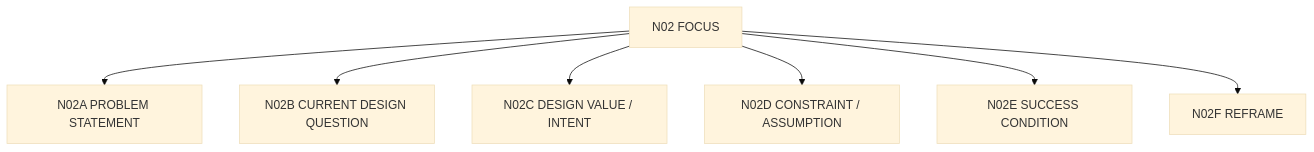
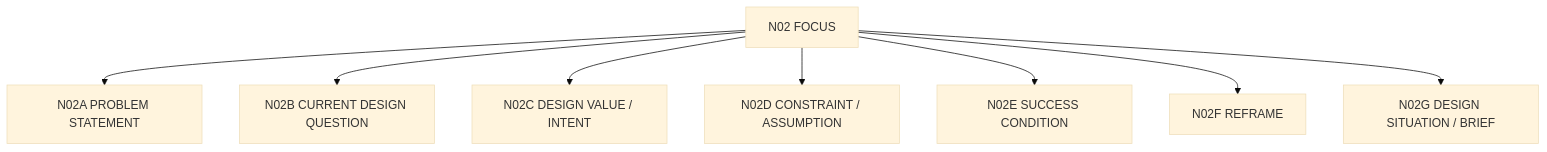
The fourth of 4 diagrams in product-docs/v0.3/nodes/N02_FOCUS.md (Jiaosong/Design), drawn with Mermaid (base theme) before and after one commit. The commit also changed other lines of this file and 71 other files, not shown here.

````diff
--- a/product-docs/v0.3/nodes/N02_FOCUS.md
+++ b/product-docs/v0.3/nodes/N02_FOCUS.md
@@ -97,10 +105,11 @@
 ```mermaid
 flowchart TB
     P[N02 FOCUS]
     P --> N02A[N02A PROBLEM STATEMENT]
     P --> N02B[N02B CURRENT DESIGN QUESTION]
     P --> N02C[N02C DESIGN VALUE / INTENT]
     P --> N02D[N02D CONSTRAINT / ASSUMPTION]
     P --> N02E[N02E SUCCESS CONDITION]
     P --> N02F[N02F REFRAME]
+    P --> N02G[N02G DESIGN SITUATION / BRIEF]
 ```
````
